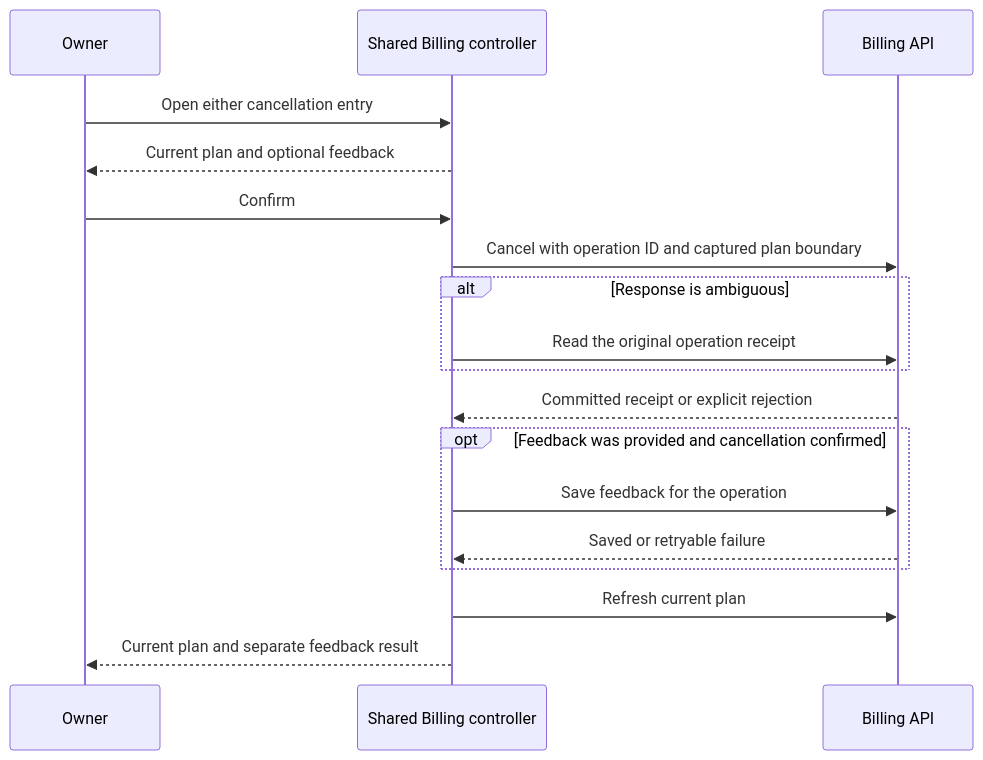
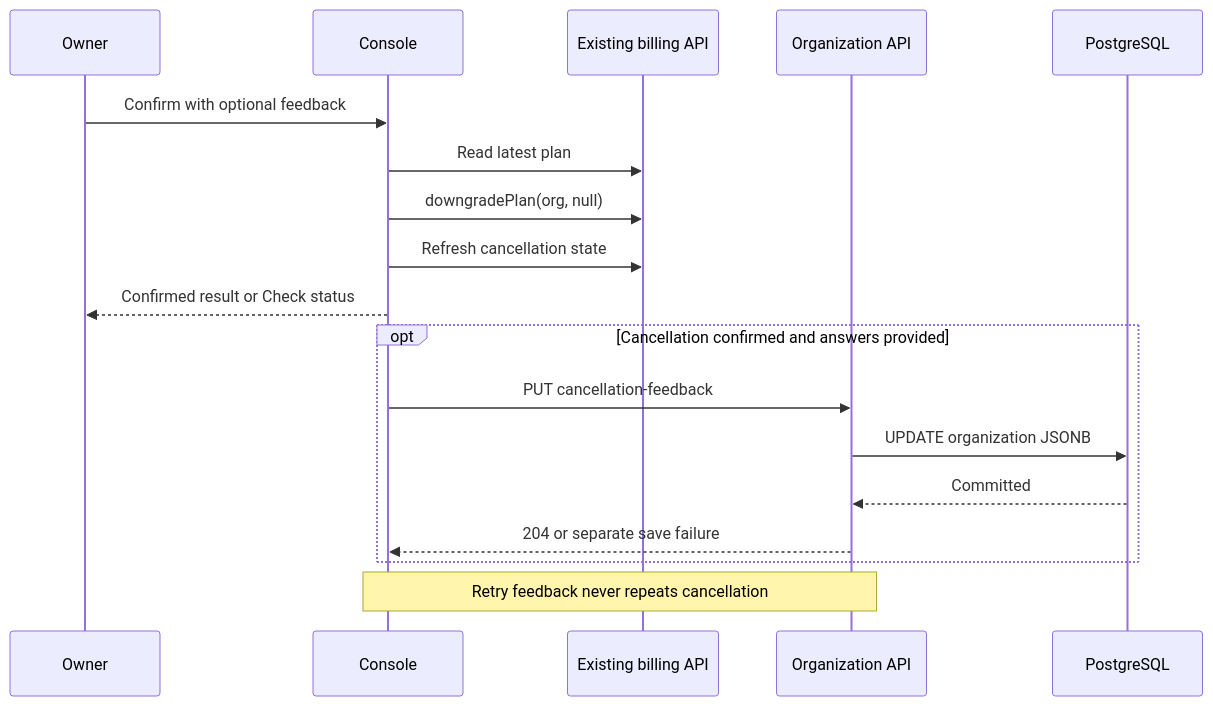
Before and after one commit to boxlite-ai/boxlite: the diagram in apps/dashboard/docs/subscription-cancellation.md, drawn with Mermaid. The commit also changed other lines of this file and 17 other files, not shown here.

Commit message:
refactor(billing): store cancellation feedback on organizations

````diff
--- a/apps/dashboard/docs/subscription-cancellation.md
+++ b/apps/dashboard/docs/subscription-cancellation.md
@@ -69,20 +69,20 @@
 ```mermaid
 sequenceDiagram
     participant Owner
-    participant Billing as Shared Billing controller
-    participant API as Billing API
-    Owner->>Billing: Open either cancellation entry
-    Billing-->>Owner: Current plan and optional feedback
-    Owner->>Billing: Confirm
-    Billing->>API: Cancel with operation ID and captured plan boundary
-    alt Response is ambiguous
-        Billing->>API: Read the original operation receipt
+    participant Console
+    participant Billing as Existing billing API
+    participant API as Organization API
+    participant DB as PostgreSQL
+    Owner->>Console: Confirm with optional feedback
+    Console->>Billing: Read latest plan
+    Console->>Billing: downgradePlan(org, null)
+    Console->>Billing: Refresh cancellation state
+    Console-->>Owner: Confirmed result or Check status
+    opt Cancellation confirmed and answers provided
+        Console->>API: PUT cancellation-feedback
+        API->>DB: UPDATE organization JSONB
+        DB-->>API: Committed
+        API-->>Console: 204 or separate save failure
     end
-    API-->>Billing: Committed receipt or explicit rejection
-    opt Feedback was provided and cancellation confirmed
-        Billing->>API: Save feedback for the operation
-        API-->>Billing: Saved or retryable failure
-    end
-    Billing->>API: Refresh current plan
-    Billing-->>Owner: Current plan and separate feedback result
+    Note over Console,API: Retry feedback never repeats cancellation
 ```
````
